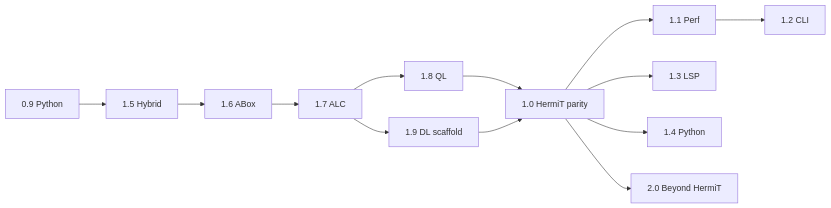
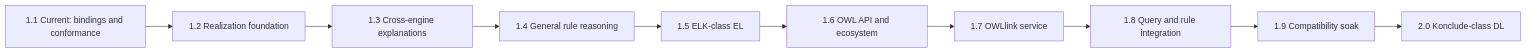
One commit to eddiethedean/ontologos changed the third of 3 diagrams in docs/internal/roadmap.md. Above: the diagram before and after it, drawn with Mermaid. The commit also changed other lines of this file and 5 other files, not shown here.

Commit message:
Add post-1.1 reasoner parity roadmap

````diff
--- a/docs/internal/roadmap.md
+++ b/docs/internal/roadmap.md
@@ -1014,26 +1016,16 @@
 ```mermaid
 flowchart LR
-  v09[0.9 Python]
-  v15[1.5 Hybrid]
-  v16[1.6 ABox]
-  v17[1.7 ALC]
-  v18[1.8 QL]
-  v19[1.9 DL scaffold]
-  v10[1.0 HermiT parity]
-  v11[1.1 Perf]
-  v12[1.2 CLI]
-  v13[1.3 LSP]
-  v14[1.4 Python]
-  v20[2.0 Beyond HermiT]
+  v11["1.1 Current: bindings and conformance"]
+  v12["1.2 Realization foundation"]
+  v13["1.3 Cross-engine explanations"]
+  v14["1.4 General rule reasoning"]
+  v15["1.5 ELK-class EL"]
+  v16["1.6 OWL API and ecosystem"]
+  v17["1.7 OWLlink service"]
+  v18["1.8 Query and rule integration"]
+  v19["1.9 Compatibility soak"]
+  v20["2.0 Konclude-class DL"]
 
-  v09 --> v15
-  v15 --> v16 --> v17
-  v17 --> v18
-  v17 --> v19
-  v18 --> v10
-  v19 --> v10
-  v10 --> v11 --> v12
-  v10 --> v13
-  v10 --> v14
-  v10 --> v20
+  v11 --> v12 --> v13 --> v14 --> v15
+  v15 --> v16 --> v17 --> v18 --> v19 --> v20
 ```
````
